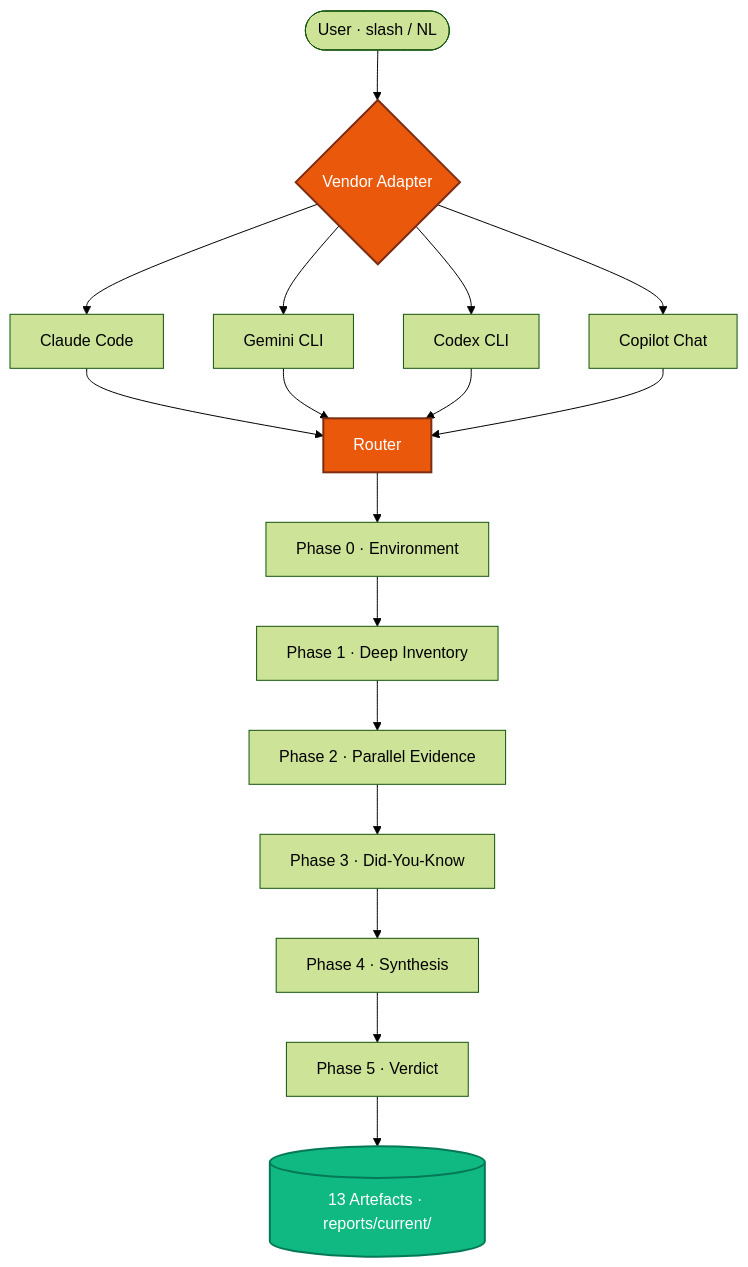
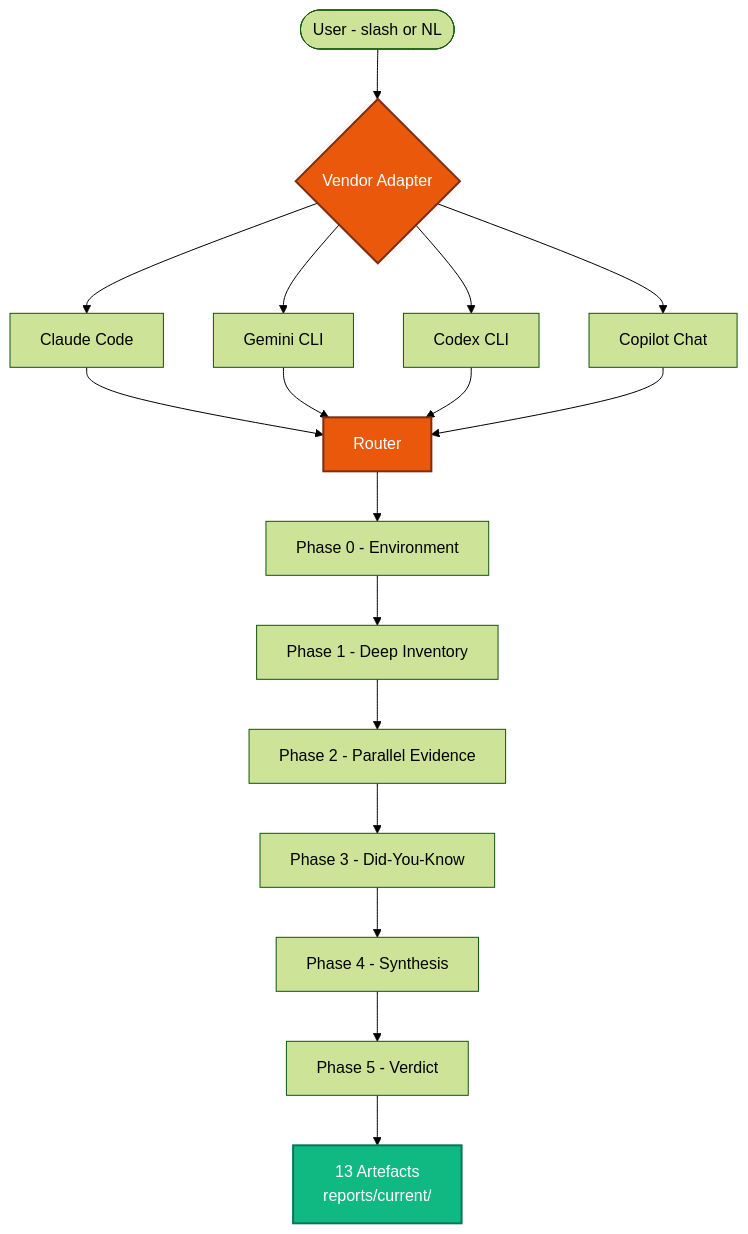
One commit to osrt91/ulak-os changed the diagram in README.en.md. Above: the diagram before and after it, drawn with Mermaid (forest theme). The commit also changed 1 other file, not shown here.

Commit message:
fix(readme): mermaid render bug + TR hardcore residues (#24)
**Mermaid fix (critical — diagram was broken on GitHub):**
User screenshot showed "Unable to render rich display — Cannot read properties of undefined (reading 'render')" on github.com. The TD flowchart crashed GitHub's renderer. Root cause was a combination of:
- `V --> CC[...] & GM[...] & CX[...] & CP[...]` batch edge syntax
- Stadium shape `A[(label)]` containing both `(` and `/`
- Unicode middle-dot `·` inside node labels

Fix:
- Replaced batch `&` edges with explicit one-edge-per-line (8 extra edges, same graph)
- Changed stadium `A[(...)]` → rectangle `A[...]`
- Replaced `·` separator in labels with `-` or `<br/>`
- Labels simplified: "Phase 0 · Environment" → "Phase 0 - Environment"

Graph content unchanged. Reapplied to both README.md and README.en.md.

**TR hardcore polish (reported from second screenshot):**
- "Self-managed VPS + Traefik" → "Kendi yönettiğin VPS + Traefik" (Hosting row, stack table)
- "fork'la, uyarla" → "çatalla, uyarla" (footer license line)
- "Mail atmana gerek yok — fork'la" → "çatalla" (Contribute section intro)

Product/tool names (Traefik, VPS, Vercel, Fly.io, Railway, PR) preserved.

````diff
--- a/README.en.md
+++ b/README.en.md
@@ -96,18 +96,24 @@
 ```mermaid
 flowchart TD
-    U([User · slash / NL]) --> V{Vendor Adapter}
-    V --> CC[Claude Code] & GM[Gemini CLI] & CX[Codex CLI] & CP[Copilot Chat]
-    CC & GM & CX & CP --> R[Router]
-    R --> P0[Phase 0 · Environment]
-    P0 --> P1[Phase 1 · Deep Inventory]
-    P1 --> P2[Phase 2 · Parallel Evidence]
-    P2 --> P3[Phase 3 · Did-You-Know]
-    P3 --> P4[Phase 4 · Synthesis]
-    P4 --> P5[Phase 5 · Verdict]
-    P5 --> A[(13 Artefacts · reports/current/)]
+    U([User - slash or NL]) --> V{Vendor Adapter}
+    V --> CC[Claude Code]
+    V --> GM[Gemini CLI]
+    V --> CX[Codex CLI]
+    V --> CP[Copilot Chat]
+    CC --> R[Router]
+    GM --> R
+    CX --> R
+    CP --> R
+    R --> P0[Phase 0 - Environment]
+    P0 --> P1[Phase 1 - Deep Inventory]
+    P1 --> P2[Phase 2 - Parallel Evidence]
+    P2 --> P3[Phase 3 - Did-You-Know]
+    P3 --> P4[Phase 4 - Synthesis]
+    P4 --> P5[Phase 5 - Verdict]
+    P5 --> A[13 Artefacts<br/>reports/current/]
 
     classDef primary fill:#ea580c,stroke:#7c2d12,color:#fff,stroke-width:2px
     classDef accent fill:#10b981,stroke:#047857,color:#fff,stroke-width:2px
     class V,R primary
     class A accent
 ```
````
